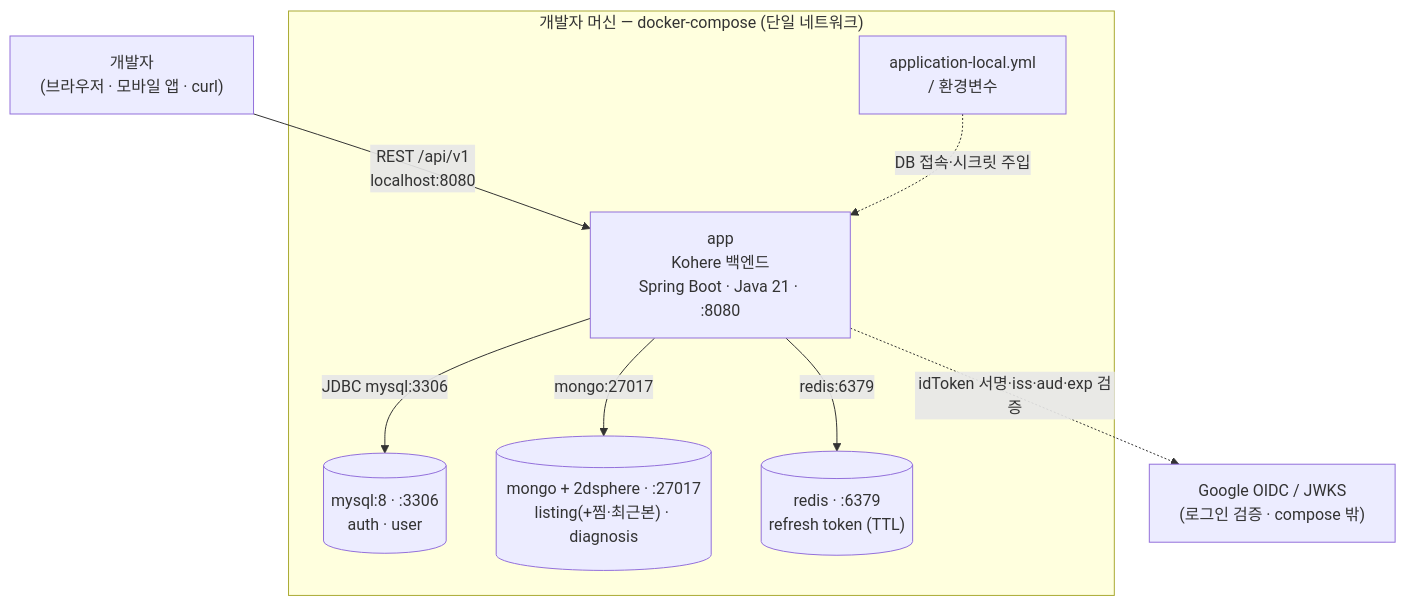
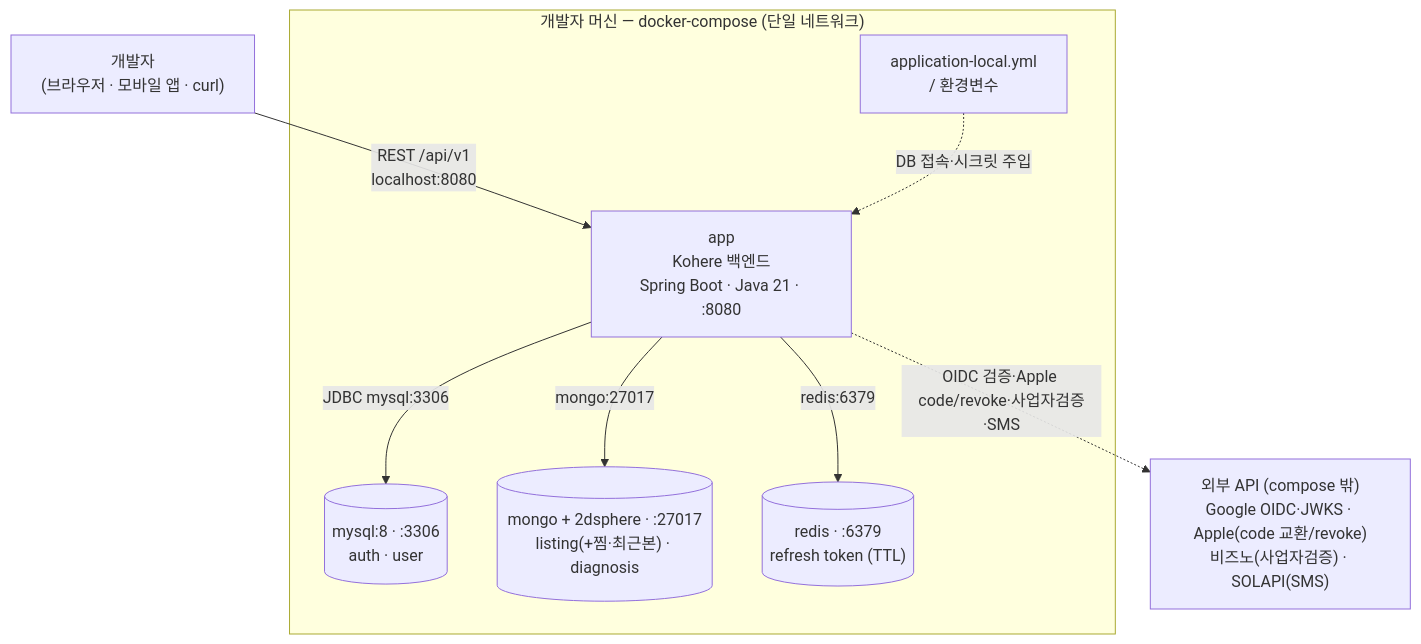
Before and after one commit to jameskim9509/Kohere-backend: the third of 5 diagrams in docs/architecture/system-overview.md, drawn with Mermaid. The commit also changed other lines of this file and 94 other files, not shown here.

First line of the commit message:
feat(auth): 임대인 온보딩·연락처 SMS(SOLAPI)·사업자번호 검증(비즈노) (#73)

````diff
--- a/docs/architecture/system-overview.md
+++ b/docs/architecture/system-overview.md
@@ -128,21 +137,21 @@
 ```mermaid
 flowchart TB
     DEV["개발자<br/>(브라우저 · 모바일 앱 · curl)"]
 
     subgraph Host["개발자 머신 — docker-compose (단일 네트워크)"]
       APP["app<br/>Kohere 백엔드<br/>Spring Boot · Java 21 · :8080"]
       CFG["application-local.yml<br/>/ 환경변수"]
       MYSQL[("mysql:8 · :3306<br/>auth · user")]
       MONGO[("mongo + 2dsphere · :27017<br/>listing(+찜·최근본) · diagnosis")]
       REDIS[("redis · :6379<br/>refresh token (TTL)")]
     end
 
-    EXT["Google OIDC / JWKS<br/>(로그인 검증 · compose 밖)"]
+    EXT["외부 API (compose 밖)<br/>Google OIDC·JWKS · Apple(code 교환/revoke)<br/>비즈노(사업자검증) · SOLAPI(SMS)"]
 
     DEV -- "REST /api/v1<br/>localhost:8080" --> APP
     CFG -. "DB 접속·시크릿 주입" .-> APP
     APP -- "JDBC  mysql:3306" --> MYSQL
     APP -- "mongo:27017" --> MONGO
     APP -- "redis:6379" --> REDIS
-    APP -. "idToken 서명·iss·aud·exp 검증" .-> EXT
+    APP -. "OIDC 검증·Apple code/revoke·사업자검증·SMS" .-> EXT
 ```
````
